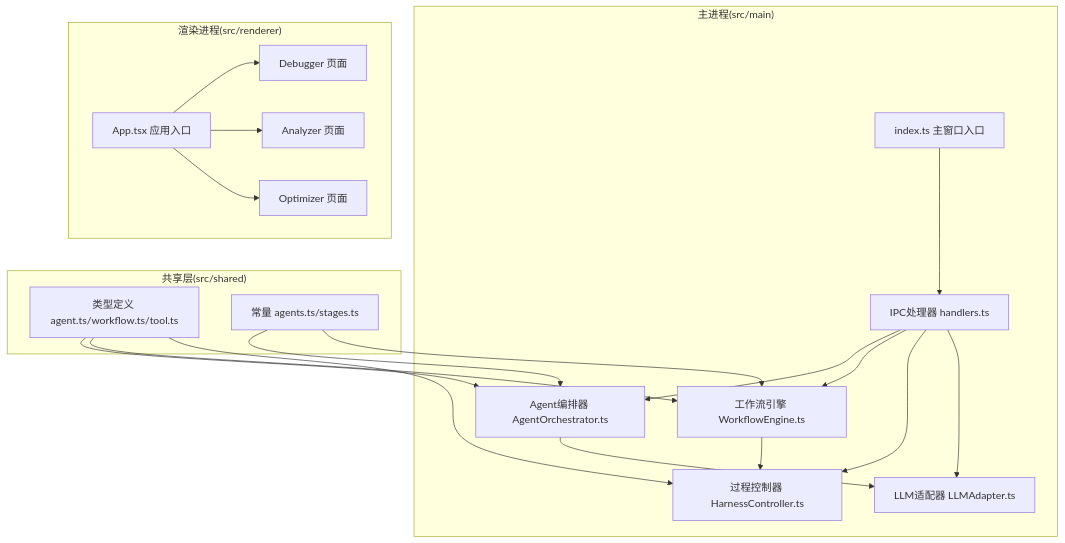
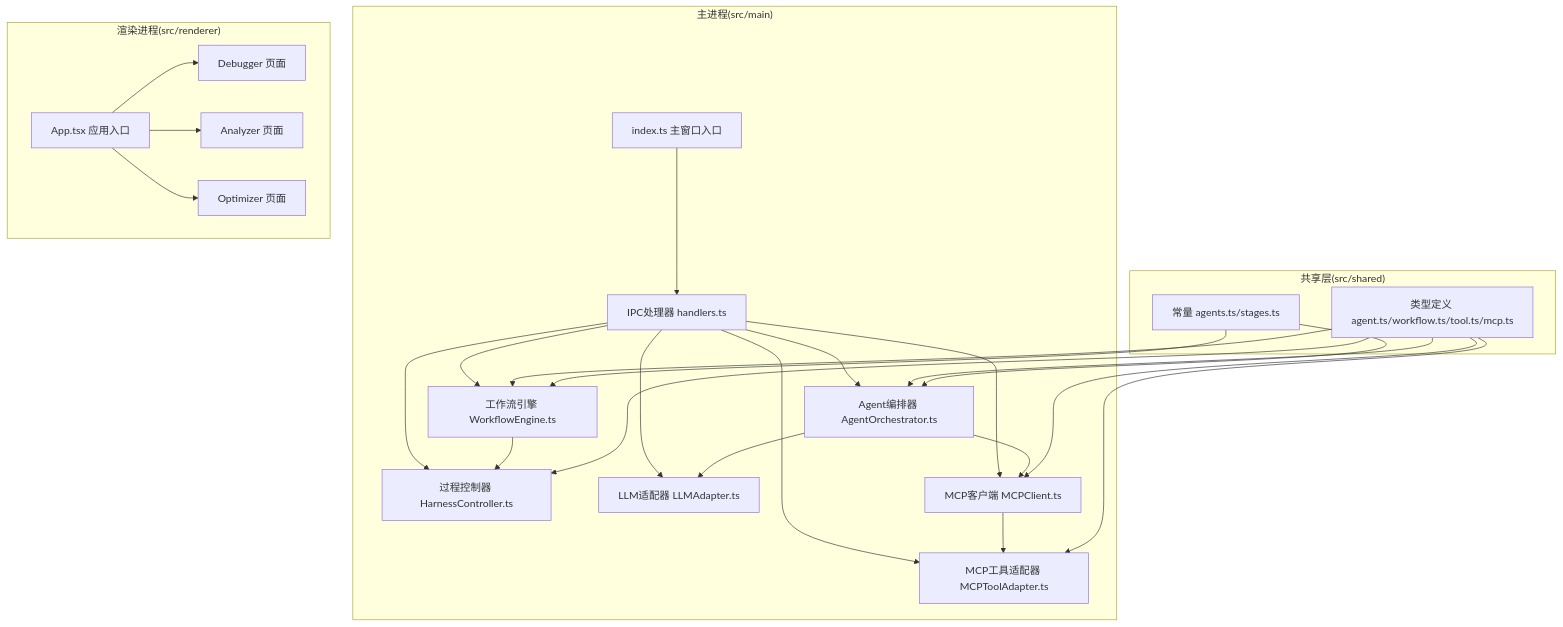
One commit to haolange/RDC-Agent changed the first of 10 diagrams in .qoder/repowiki/zh/content/架构设计/Agent编排系统.md. Above: the diagram before and after it, drawn with Mermaid. The commit also changed other lines of this file and 3483 other files, not shown here.

````diff
--- a/.qoder/repowiki/zh/content/架构设计/Agent编排系统.md
+++ b/.qoder/repowiki/zh/content/架构设计/Agent编排系统.md
@@ -46,36 +61,44 @@
 ```mermaid
 graph TB
 subgraph "主进程(src/main)"
 A[index.ts 主窗口入口]
 B[IPC处理器 handlers.ts]
 C[Agent编排器 AgentOrchestrator.ts]
 D[工作流引擎 WorkflowEngine.ts]
 E[过程控制器 HarnessController.ts]
 F[LLM适配器 LLMAdapter.ts]
+G[MCP客户端 MCPClient.ts]
+H[MCP工具适配器 MCPToolAdapter.ts]
 end
 subgraph "共享层(src/shared)"
-G[类型定义 agent.ts/workflow.ts/tool.ts]
-H[常量 agents.ts/stages.ts]
+I[类型定义 agent.ts/workflow.ts/tool.ts/mcp.ts]
+J[常量 agents.ts/stages.ts]
 end
 subgraph "渲染进程(src/renderer)"
-I[App.tsx 应用入口]
-J[Debugger 页面]
-K[Analyzer 页面]
-L[Optimizer 页面]
+K[App.tsx 应用入口]
+L[Debugger 页面]
+M[Analyzer 页面]
+N[Optimizer 页面]
 end
 A --> B
 B --> C
 B --> D
 B --> E
 B --> F
+B --> G
+B --> H
 C --> F
+C --> G
 D --> E
-I --> J
-I --> K
-I --> L
-G --> C
-G --> D
-G --> E
-H --> C
-H --> D
+G --> H
+I --> C
+I --> D
+I --> E
+I --> G
+I --> H
+J --> C
+J --> D
+K --> L
+K --> M
+K --> N
 ```
````
